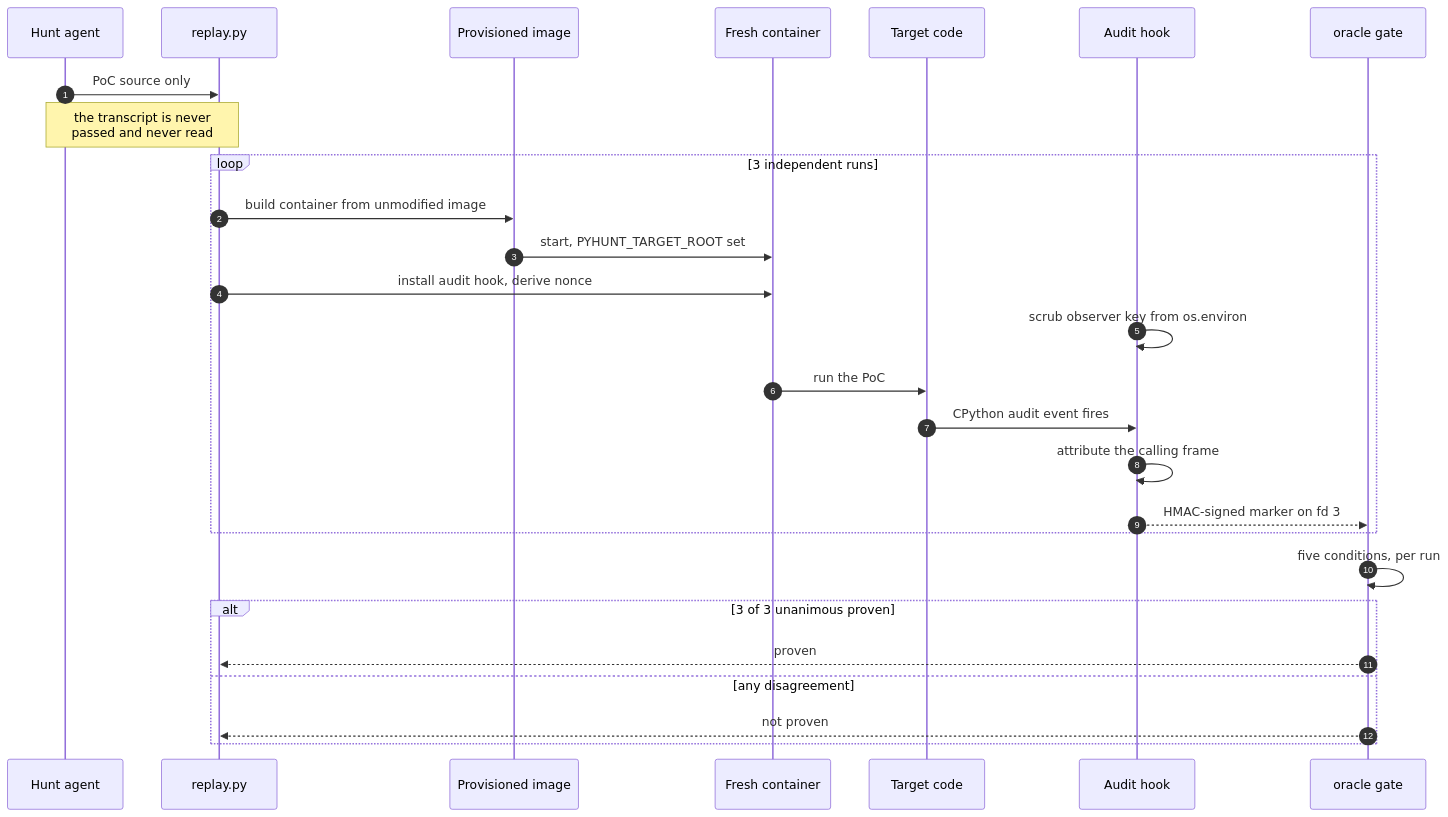
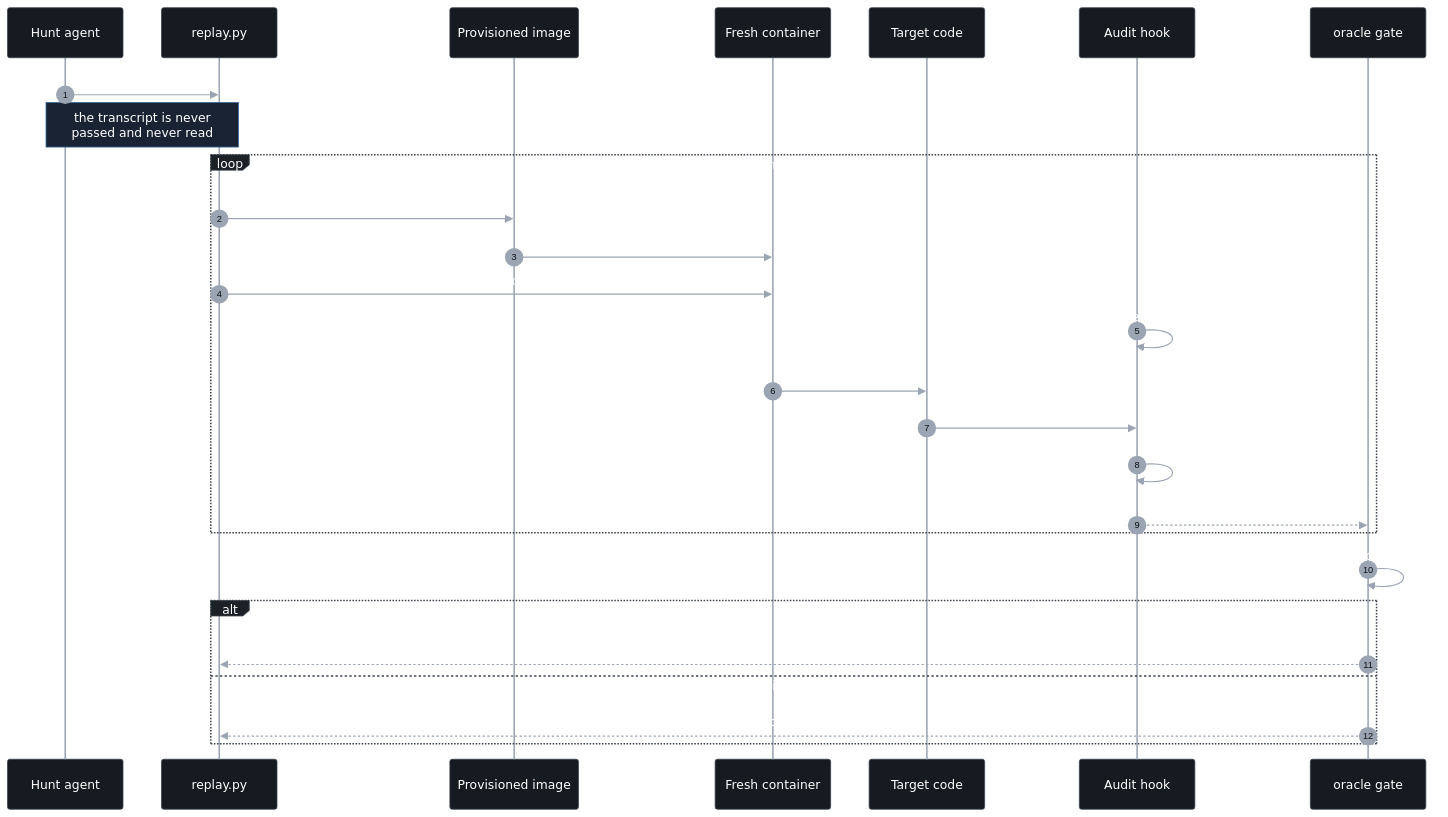
One commit to 0xsharz/pyhunt changed diagram 11 of 16 in docs/ARCHITECTURE.md. Above: the diagram before and after it, drawn with Mermaid. The commit also changed other lines of this file and 1 other file, not shown here.

````diff
--- a/docs/ARCHITECTURE.md
+++ b/docs/ARCHITECTURE.md
@@ -310,32 +356,33 @@
 ```mermaid
+%%{init: {"theme":"base","themeVariables":{"background":"#0d1117","primaryColor":"#161b22","primaryTextColor":"#ffffff","primaryBorderColor":"#3d444d","lineColor":"#9aa4b2","textColor":"#ffffff","actorBkg":"#161b22","actorTextColor":"#ffffff","actorLineColor":"#9aa4b2","actorBorder":"#3d444d","signalColor":"#9aa4b2","signalTextColor":"#ffffff","labelBoxBkgColor":"#1c2128","labelBoxBorderColor":"#3d444d","labelTextColor":"#ffffff","loopTextColor":"#ffffff","noteBkgColor":"#1a2333","noteTextColor":"#ffffff","noteBorderColor":"#3b6ea5","altBackground":"#11161d","sequenceNumberColor":"#0d1117","fontSize":"14px"}}}%%
 sequenceDiagram
     autonumber
     participant HA as Hunt agent
     participant RP as replay.py
     participant IM as Provisioned image
     participant CT as Fresh container
     participant TG as Target code
     participant AH as Audit hook
     participant GT as oracle gate
 
     HA->>RP: PoC source only
     Note over HA,RP: the transcript is never<br/>passed and never read
 
     loop 3 independent runs
         RP->>IM: build container from unmodified image
         IM->>CT: start, PYHUNT_TARGET_ROOT set
         RP->>CT: install audit hook, derive nonce
         AH->>AH: scrub observer key from os.environ
         CT->>TG: run the PoC
         TG->>AH: CPython audit event fires
         AH->>AH: attribute the calling frame
         AH-->>GT: HMAC-signed marker on fd 3
     end
 
     GT->>GT: five conditions, per run
     alt 3 of 3 unanimous proven
         GT-->>RP: proven
     else any disagreement
         GT-->>RP: not proven
     end
 ```
````
